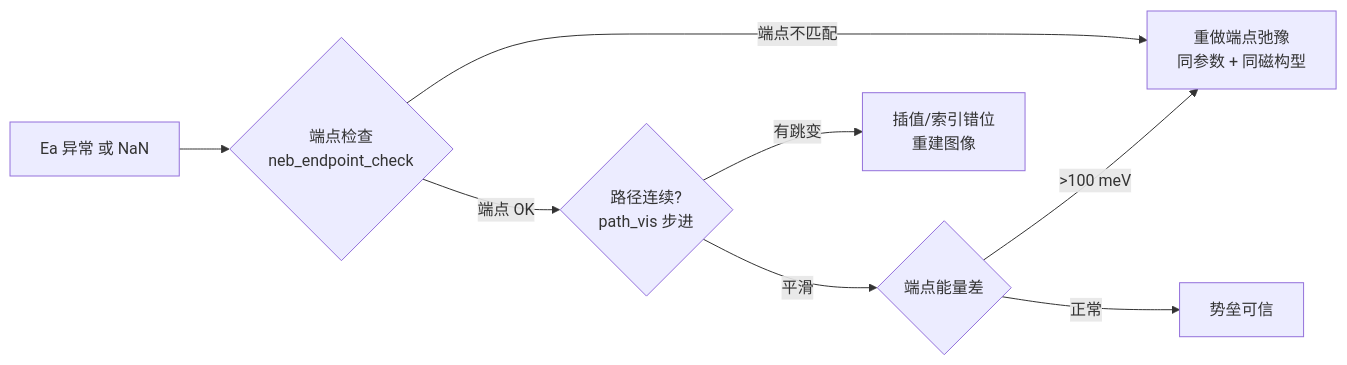
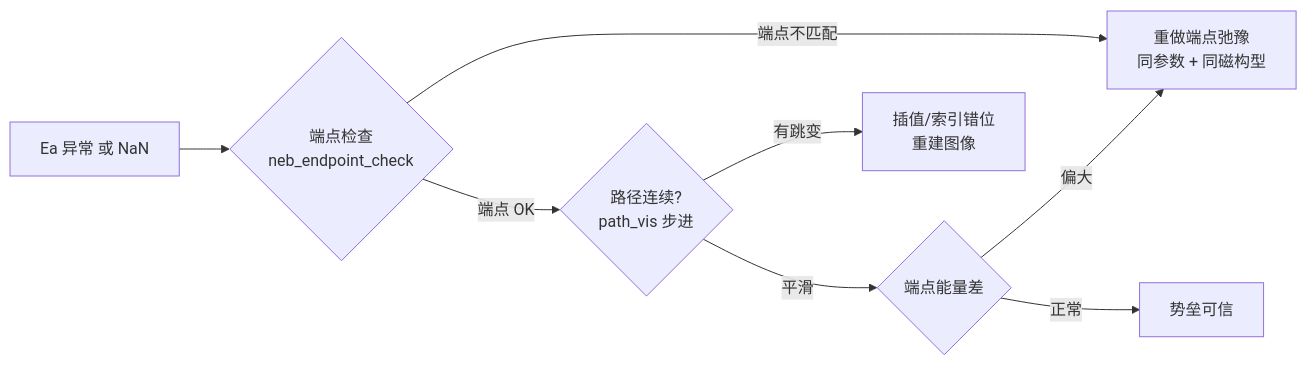
Before and after one commit to Redpanda0420/neb-toolkit: the diagram in README.md, drawn with Mermaid.

Commit message:
docs: fix mermaid edge label that broke rendering

````diff
--- a/README.md
+++ b/README.md
@@ -51,10 +51,10 @@
 ```mermaid
 flowchart LR
     A[Ea 异常 或 NaN] --> B{端点检查<br/>neb_endpoint_check}
     B -- 端点不匹配 --> C[重做端点弛豫<br/>同参数 + 同磁构型]
     B -- 端点 OK --> D{路径连续?<br/>path_vis 步进}
     D -- 有跳变 --> E[插值/索引错位<br/>重建图像]
     D -- 平滑 --> F{端点能量差}
-    F -- >100 meV --> C
+    F -- 偏大 --> C
     F -- 正常 --> G[势垒可信]
 ```
````
